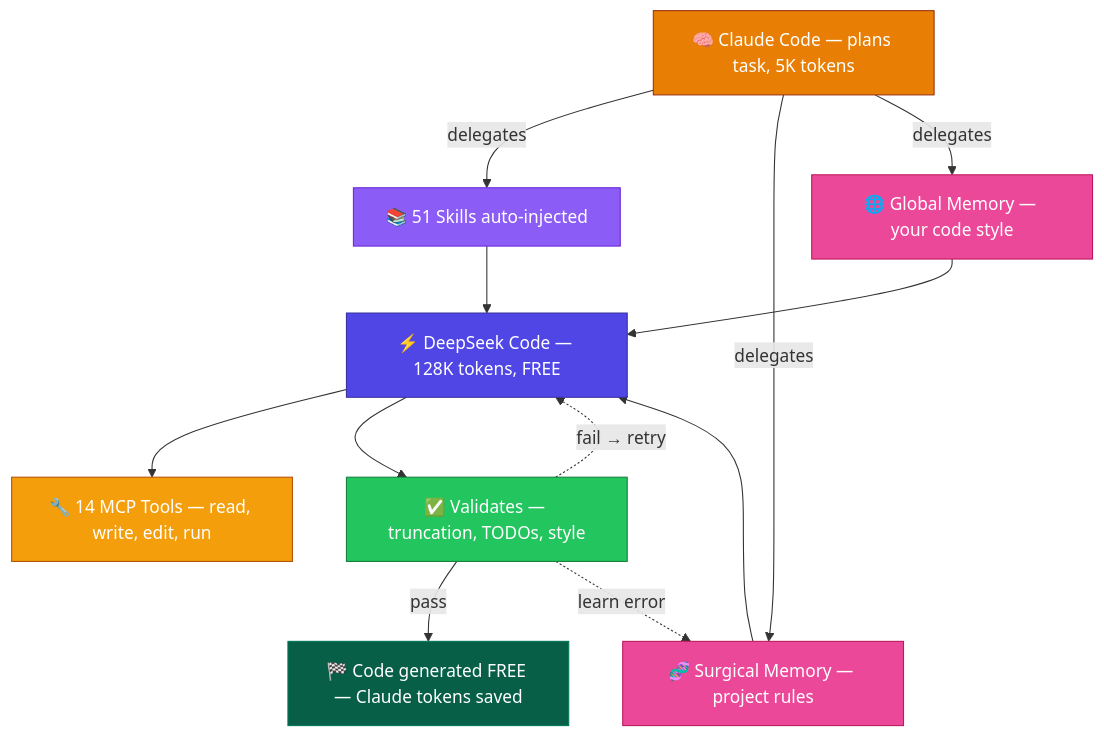
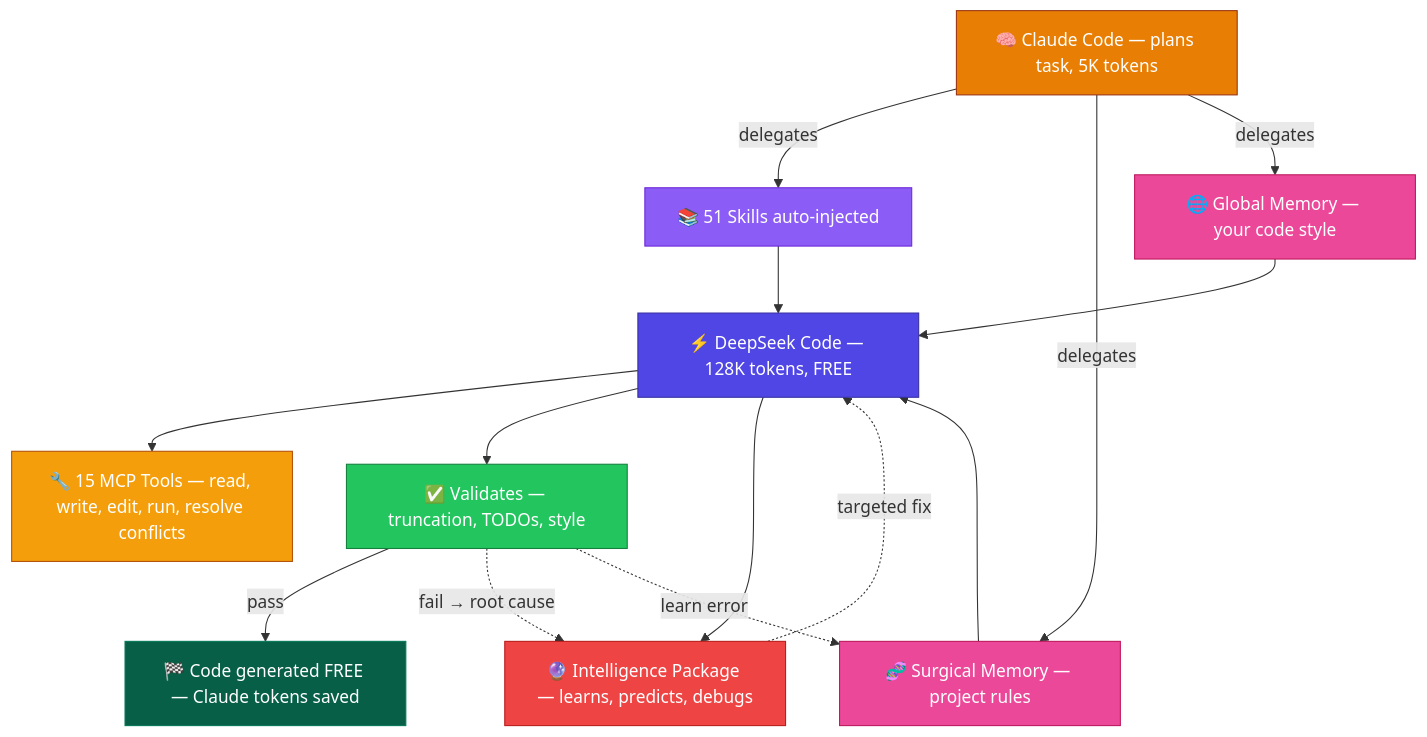
One commit to Galidar/DeepSeekCode changed the first of 5 diagrams in README.md. Above: the diagram before and after it, drawn with Mermaid. The commit also changed other lines of this file and 4 other files, not shown here.

First line of the commit message:
v2.2.0: Actualizar documentacion y marketing con Intelligence Package

````diff
--- a/README.md
+++ b/README.md
@@ -39,28 +41,31 @@
 ```mermaid
 graph TB
     CC["🧠 Claude Code — plans task, 5K tokens"]
 
     CC -->|"delegates"| SK["📚 51 Skills auto-injected"]
     CC -->|"delegates"| SM["🧬 Surgical Memory — project rules"]
     CC -->|"delegates"| GM["🌐 Global Memory — your code style"]
 
     SK --> DS["⚡ DeepSeek Code — 128K tokens, FREE"]
     SM --> DS
     GM --> DS
 
-    DS --> TOOLS["🔧 14 MCP Tools — read, write, edit, run"]
+    DS --> TOOLS["🔧 15 MCP Tools — read, write, edit, run, resolve conflicts"]
     DS --> VAL["✅ Validates — truncation, TODOs, style"]
+    DS --> INT["🔮 Intelligence Package — learns, predicts, debugs"]
 
     VAL -->|"pass"| RESULT["🏁 Code generated FREE — Claude tokens saved"]
-    VAL -.->|"fail → retry"| DS
+    VAL -.->|"fail → root cause"| INT
+    INT -.->|"targeted fix"| DS
     VAL -.->|"learn error"| SM
 
     style CC fill:#E87E04,stroke:#9A3412,color:#fff
     style SK fill:#8B5CF6,stroke:#6D28D9,color:#fff
     style SM fill:#EC4899,stroke:#BE185D,color:#fff
     style GM fill:#EC4899,stroke:#BE185D,color:#fff
     style DS fill:#4F46E5,stroke:#3730A3,color:#fff
     style TOOLS fill:#F59E0B,stroke:#B45309,color:#fff
     style VAL fill:#22C55E,stroke:#15803D,color:#fff
+    style INT fill:#EF4444,stroke:#B91C1C,color:#fff
     style RESULT fill:#065F46,stroke:#047857,color:#fff
 ```
````
